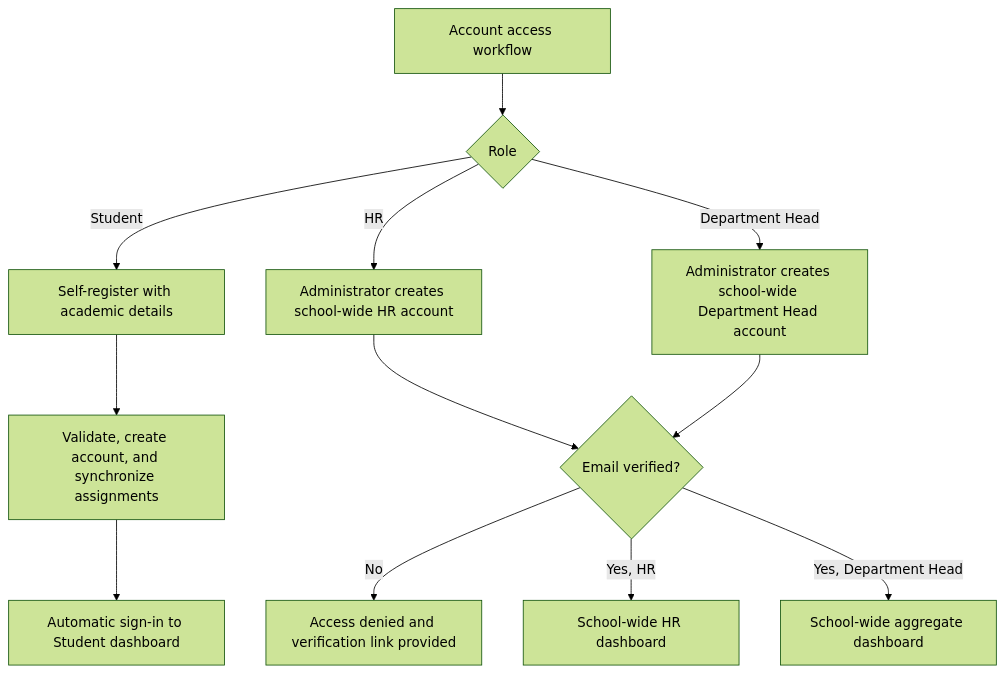
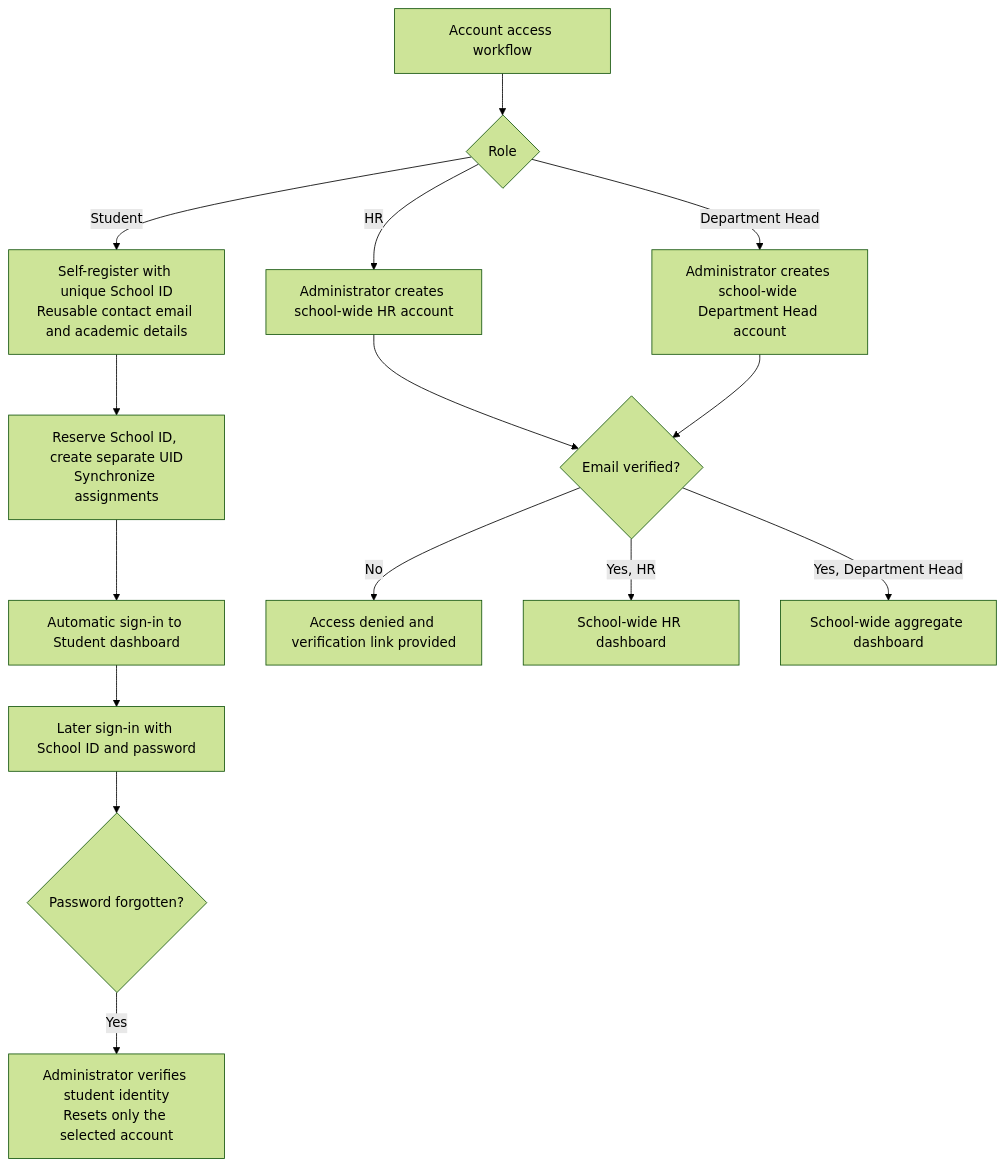
Before and after one commit to WBTES/WBTES: the third of 13 diagrams in docs/WBTE-System-Flowcharts.md, drawn with Mermaid (forest theme). The commit also changed other lines of this file and 29 other files, not shown here.

Commit message:
Allow shared student emails with School ID login

````diff
--- a/docs/WBTE-System-Flowcharts.md
+++ b/docs/WBTE-System-Flowcharts.md
@@ -74,14 +74,17 @@
 ```mermaid
 flowchart TD
     A[Account access workflow] --> B{Role}
-    B -- Student --> C[Self-register with academic details]
-    C --> D[Validate, create account, and synchronize assignments]
+    B -- Student --> C[Self-register with unique School ID<br/>Reusable contact email and academic details]
+    C --> D[Reserve School ID, create separate UID<br/>Synchronize assignments]
     D --> E[Automatic sign-in to Student dashboard]
+    E --> L[Later sign-in with School ID and password]
+    L --> M{Password forgotten?}
+    M -- Yes --> N[Administrator verifies student identity<br/>Resets only the selected account]
     B -- HR --> F[Administrator creates school-wide HR account]
     B -- Department Head --> G[Administrator creates school-wide Department Head account]
     F --> H{Email verified?}
     G --> H
     H -- No --> I[Access denied and verification link provided]
     H -- Yes, HR --> J[School-wide HR dashboard]
     H -- Yes, Department Head --> K[School-wide aggregate dashboard]
 ```
````
